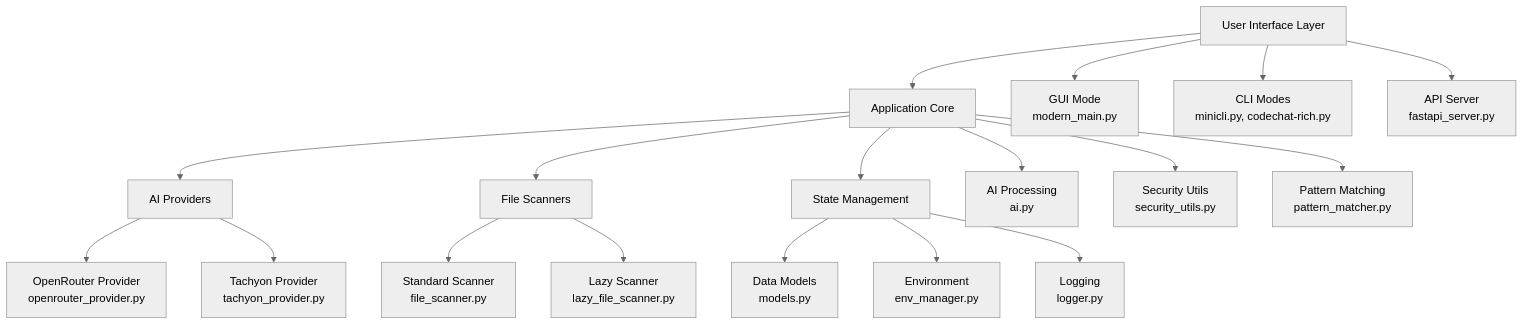
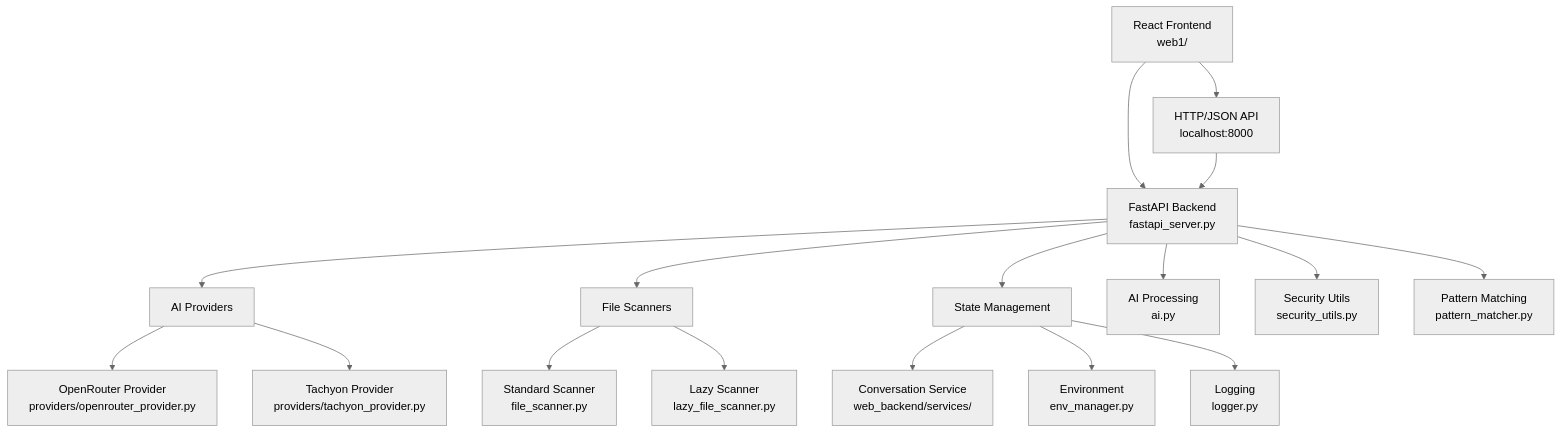
Before and after one commit to argentquest/minicliv1: the second of 2 diagrams in README.md, drawn with Mermaid (neutral theme). The commit also changed other lines of this file and 44 other files, not shown here.

````diff
--- a/README.md
+++ b/README.md
@@ -122,25 +141,24 @@
 ```mermaid
 graph TB
-    A[User Interface Layer] --> B[Application Core]
-    B --> C[AI Providers]
-    B --> D[File Scanners]
-    B --> E[State Management]
+     A[React Frontend<br/>web1/] --> B[FastAPI Backend<br/>fastapi_server.py]
+     B --> C[AI Providers]
+     B --> D[File Scanners]
+     B --> E[State Management]
 
-    A --> F[GUI Mode<br/>modern_main.py]
-    A --> G[CLI Modes<br/>minicli.py, codechat-rich.py]
-    A --> H[API Server<br/>fastapi_server.py]
+     A --> F[HTTP/JSON API<br/>localhost:8000]
+     F --> B
 
-    C --> I[OpenRouter Provider<br/>openrouter_provider.py]
-    C --> J[Tachyon Provider<br/>tachyon_provider.py]
+     C --> G[OpenRouter Provider<br/>providers/openrouter_provider.py]
+     C --> H[Tachyon Provider<br/>providers/tachyon_provider.py]
 
-    D --> K[Standard Scanner<br/>file_scanner.py]
-    D --> L[Lazy Scanner<br/>lazy_file_scanner.py]
+     D --> I[Standard Scanner<br/>file_scanner.py]
+     D --> J[Lazy Scanner<br/>lazy_file_scanner.py]
 
-    E --> M[Data Models<br/>models.py]
-    E --> N[Environment<br/>env_manager.py]
-    E --> O[Logging<br/>logger.py]
+     E --> K[Conversation Service<br/>web_backend/services/]
+     E --> L[Environment<br/>env_manager.py]
+     E --> M[Logging<br/>logger.py]
 
-    B --> P[AI Processing<br/>ai.py]
-    B --> Q[Security Utils<br/>security_utils.py]
-    B --> R[Pattern Matching<br/>pattern_matcher.py]
+     B --> N[AI Processing<br/>ai.py]
+     B --> O[Security Utils<br/>security_utils.py]
+     B --> P[Pattern Matching<br/>pattern_matcher.py]
 ```
````
